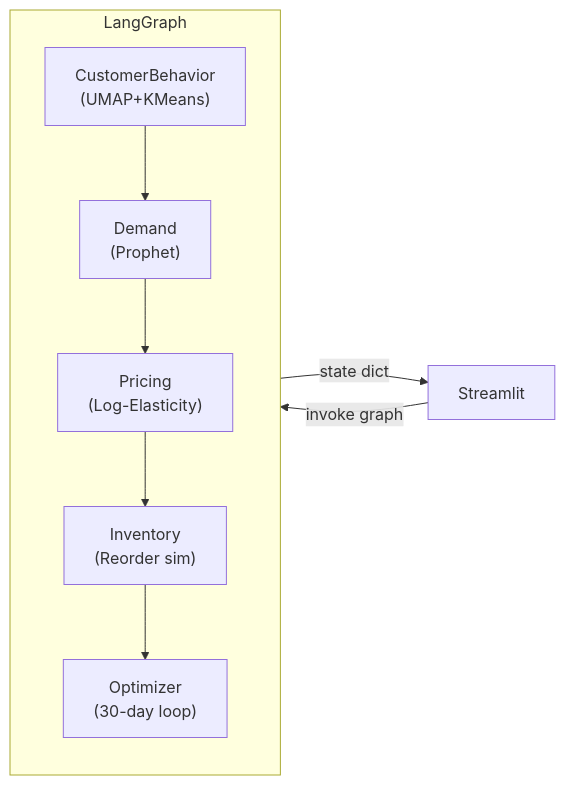
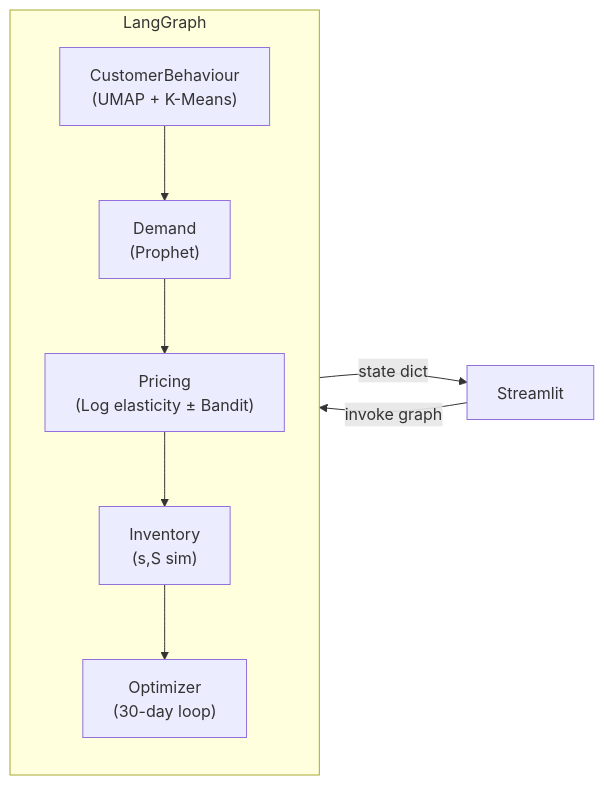
One commit to Desrahul200/retail-multi-agent-optimizer changed the diagram in README.md. Above: the diagram before and after it, drawn with Mermaid. The commit also changed other lines of this file, not shown here.

````diff
--- a/README.md
+++ b/README.md
@@ -64,13 +64,13 @@
 ```mermaid
 flowchart LR
     subgraph LangGraph
-        A["CustomerBehavior\n(UMAP+KMeans)"]
-        B["Demand\n(Prophet)"]
-        C["Pricing\n(Log-Elasticity)"]
-        D["Inventory\n(Reorder sim)"]
-        E["Optimizer\n(30-day loop)"]
+        A["CustomerBehaviour<br/>(UMAP + K-Means)"]
+        B["Demand<br/>(Prophet)"]
+        C["Pricing<br/>(Log elasticity ± Bandit)"]
+        D["Inventory<br/>(s,S sim)"]
+        E["Optimizer<br/>(30-day loop)"]
         A --> B --> C --> D --> E
     end
-    Streamlit -->|"invoke graph"| LangGraph
-    LangGraph -->|"state dict"| Streamlit
+    Streamlit -->|invoke graph| LangGraph
+    LangGraph -->|state dict| Streamlit
 ```
````
